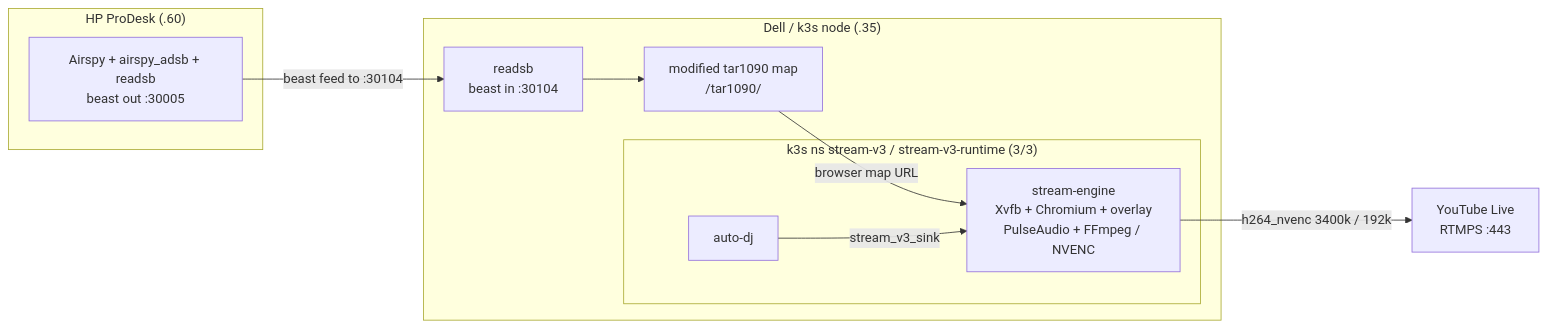
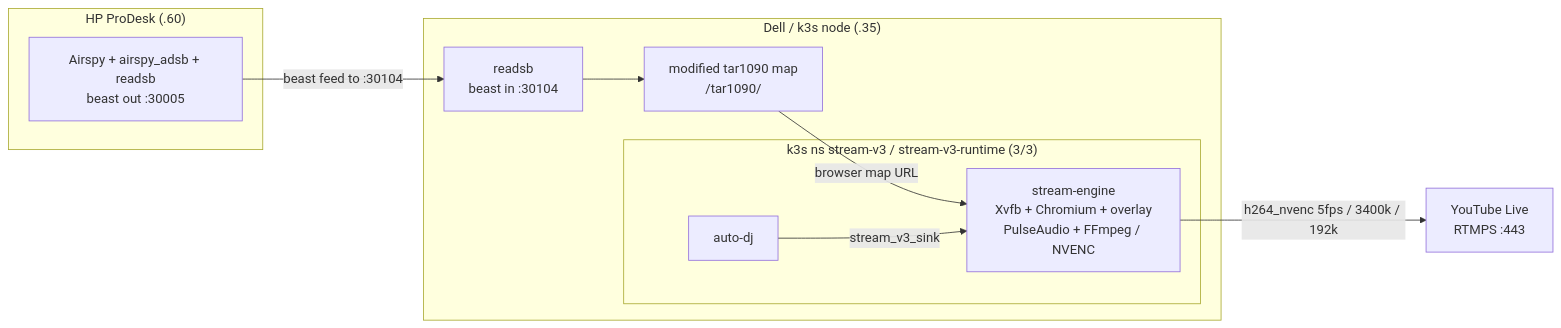
One commit to yukimurata0421/live-stream-systems-case-study changed the first of 2 diagrams in README.md. Above: the diagram before and after it, drawn with Mermaid. The commit also changed 22 other files, not shown here.

````diff
--- a/README.md
+++ b/README.md
@@ -49,23 +49,23 @@
 ```mermaid
 flowchart LR
     subgraph PD["HP ProDesk (.60)"]
         AIR["Airspy + airspy_adsb + readsb<br/>beast out :30005"]
     end
 
     subgraph DELL["Dell / k3s node (.35)"]
         RS["readsb<br/>beast in :30104"]
         T1090["modified tar1090 map<br/>/tar1090/"]
         subgraph K3S["k3s ns stream-v3 / stream-v3-runtime (3/3)"]
             ENG["stream-engine<br/>Xvfb + Chromium + overlay<br/>PulseAudio + FFmpeg / NVENC"]
             DJ["auto-dj"]
         end
     end
 
     YT["YouTube Live<br/>RTMPS :443"]
 
     AIR -->|beast feed to :30104| RS
     RS --> T1090
     T1090 -->|browser map URL| ENG
     DJ -->|stream_v3_sink| ENG
-    ENG -->|h264_nvenc 3400k / 192k| YT
+    ENG -->|h264_nvenc 5fps / 3400k / 192k| YT
 ```
````
